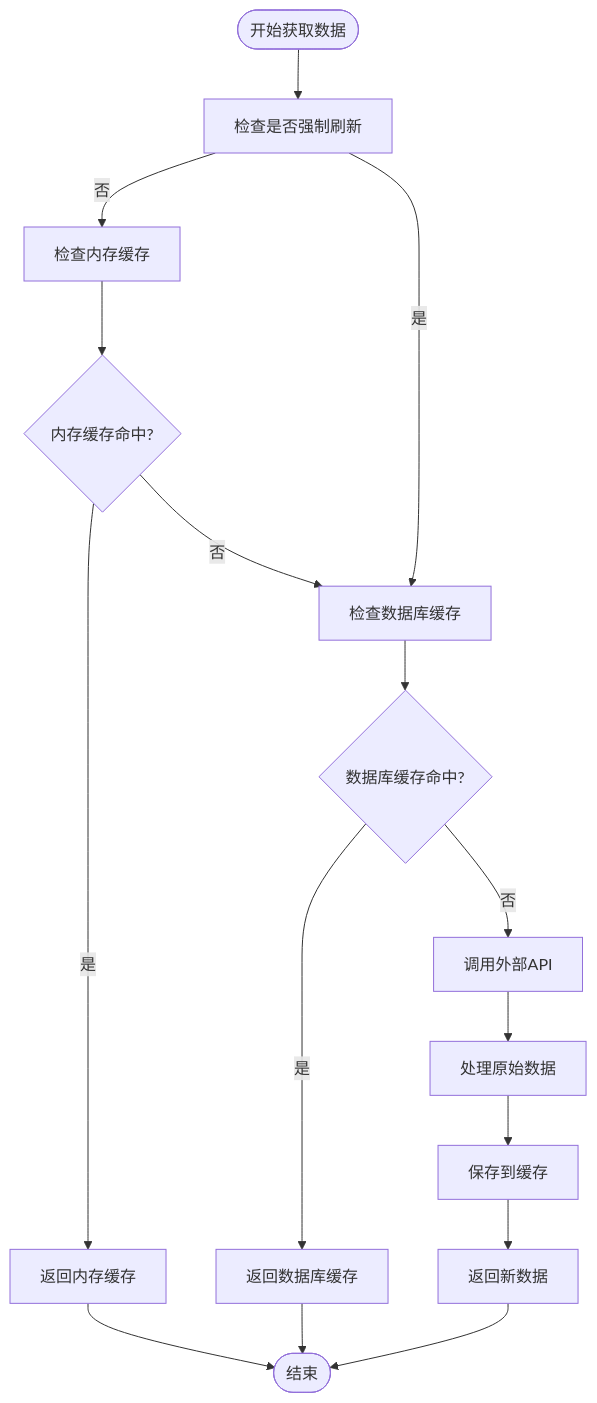
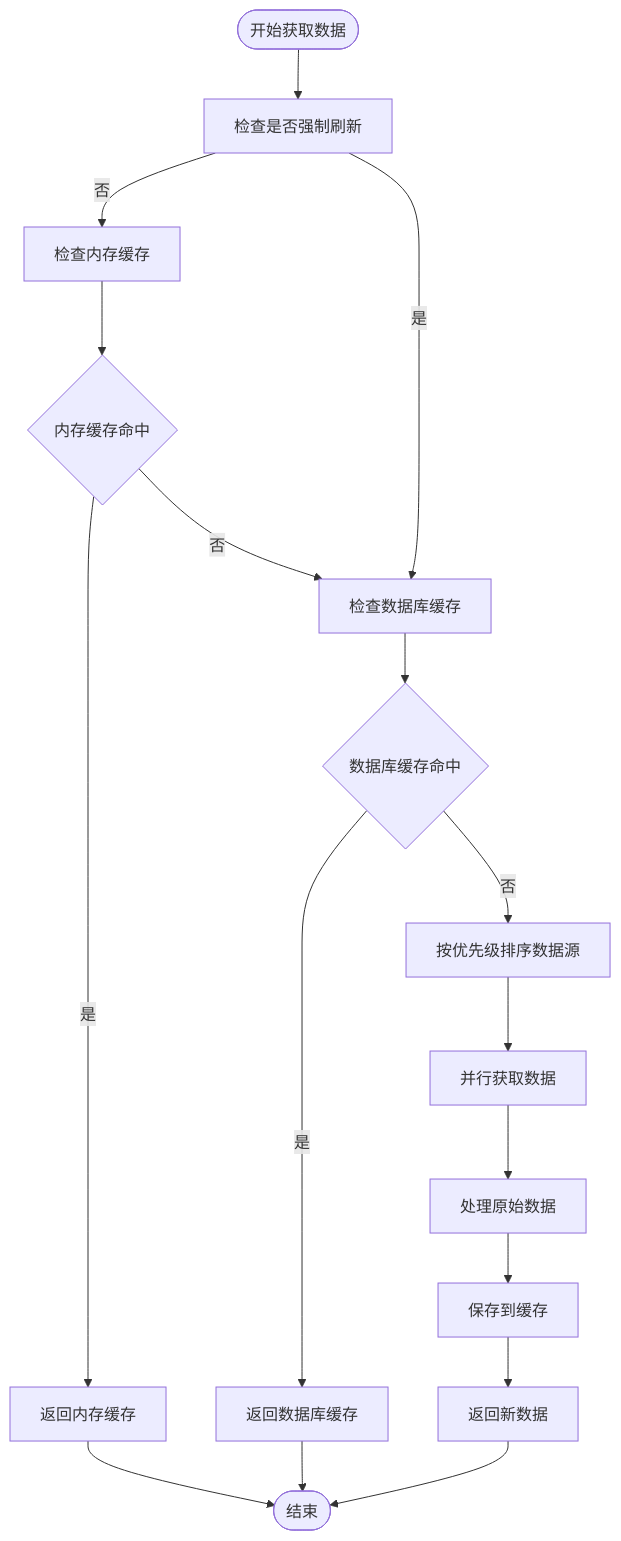
The fifth of 16 diagrams in .qoder/repowiki/zh/content/数据源服务增强.md (Moruime/stock_foker), drawn with Mermaid before and after one commit. The commit also changed other lines of this file and 5 other files, not shown here.

````diff
--- a/.qoder/repowiki/zh/content/数据源服务增强.md
+++ b/.qoder/repowiki/zh/content/数据源服务增强.md
@@ -271,18 +312,19 @@
 ```mermaid
 flowchart TD
 Start([开始获取数据]) --> CheckForce["检查是否强制刷新"]
 CheckForce --> |否| CheckMemory["检查内存缓存"]
 CheckForce --> |是| CheckDB["检查数据库缓存"]
-CheckMemory --> MemoryHit{"内存缓存命中?"}
+CheckMemory --> MemoryHit{"内存缓存命中"}
 MemoryHit --> |是| ReturnMemory["返回内存缓存"]
 MemoryHit --> |否| CheckDB
-CheckDB --> DBHit{"数据库缓存命中?"}
+CheckDB --> DBHit{"数据库缓存命中"}
 DBHit --> |是| ReturnDB["返回数据库缓存"]
-DBHit --> |否| CallAPI["调用外部API"]
-CallAPI --> ProcessData["处理原始数据"]
+DBHit --> |否| SortSources["按优先级排序数据源"]
+SortSources --> ParallelFetch["并行获取数据"]
+ParallelFetch --> ProcessData["处理原始数据"]
 ProcessData --> SaveCache["保存到缓存"]
 SaveCache --> ReturnNew["返回新数据"]
 ReturnMemory --> End([结束])
 ReturnDB --> End
 ReturnNew --> End
 ```
````
